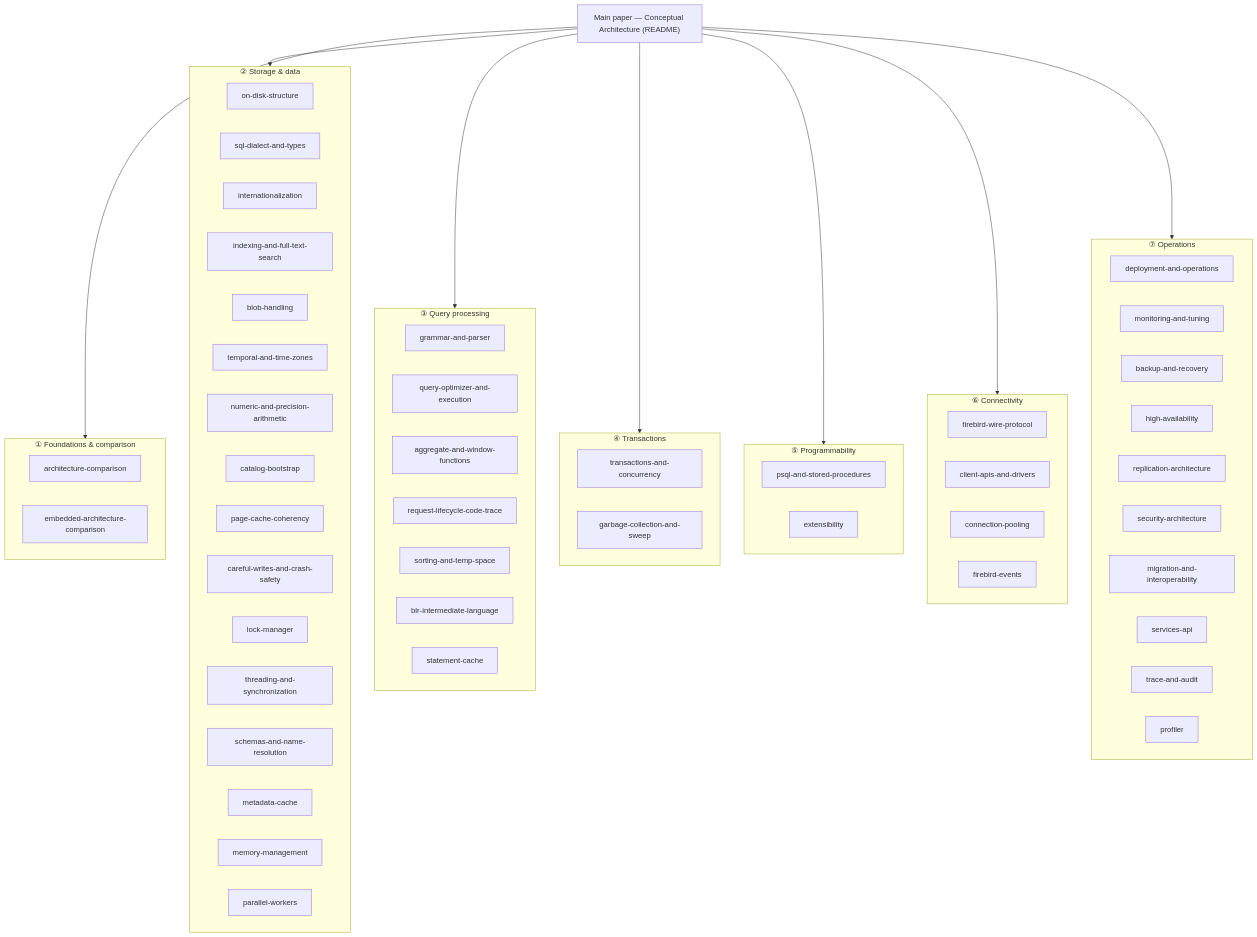
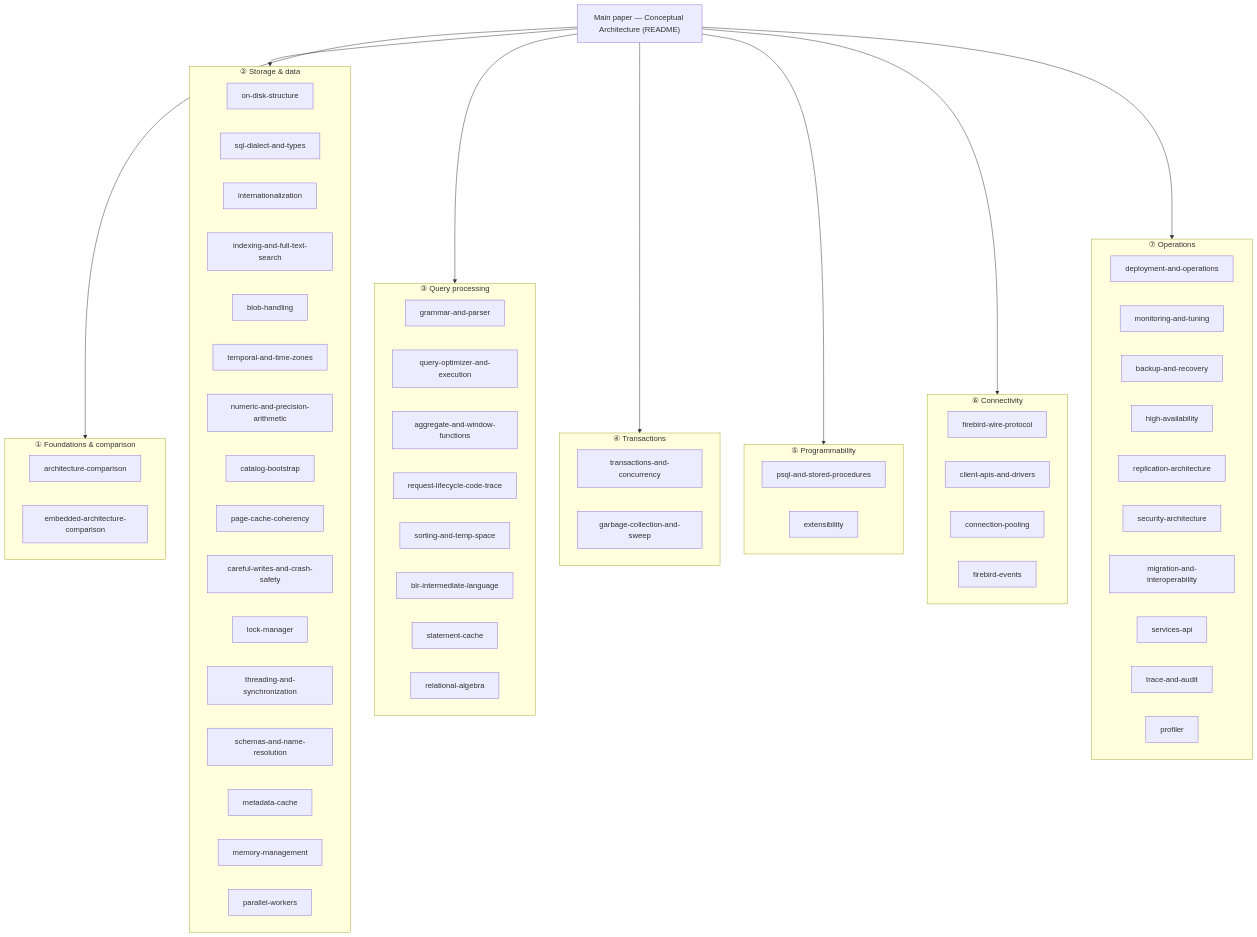
One commit to mariuz/conceptual-architecture-for-firebird-paper changed the diagram in READING-GUIDE.md. Above: the diagram before and after it, drawn with Mermaid. The commit also changed other lines of this file and 3 other files, not shown here.

First line of the commit message:
Relational algebra in Firebird SQL: each operator as SQL and as the record source that runs it

````diff
--- a/READING-GUIDE.md
+++ b/READING-GUIDE.md
@@ -9,64 +9,65 @@
 ```mermaid
 flowchart TB
     PAPER["Main paper — Conceptual Architecture (README)"]
 
     PAPER --> T1 & T2 & T3 & T4 & T5 & T6 & T7
 
     subgraph T1["① Foundations & comparison"]
         A1["architecture-comparison"]
         A2["embedded-architecture-comparison"]
     end
     subgraph T2["② Storage & data"]
         B1["on-disk-structure"]
         B2["sql-dialect-and-types"]
         B3["internationalization"]
         B4["indexing-and-full-text-search"]
         B5["blob-handling"]
         B6["temporal-and-time-zones"]
         B7["numeric-and-precision-arithmetic"]
         B8["catalog-bootstrap"]
         B9["page-cache-coherency"]
         B10["careful-writes-and-crash-safety"]
         B11["lock-manager"]
         B12["threading-and-synchronization"]
         B13["schemas-and-name-resolution"]
         B14["metadata-cache"]
         B15["memory-management"]
         B16["parallel-workers"]
     end
     subgraph T3["③ Query processing"]
         C1["grammar-and-parser"]
         C2["query-optimizer-and-execution"]
         C3["aggregate-and-window-functions"]
         C4["request-lifecycle-code-trace"]
         C5["sorting-and-temp-space"]
         C6["blr-intermediate-language"]
         C7["statement-cache"]
+        C8["relational-algebra"]
     end
     subgraph T4["④ Transactions"]
         D1["transactions-and-concurrency"]
         D2["garbage-collection-and-sweep"]
     end
     subgraph T5["⑤ Programmability"]
         E1["psql-and-stored-procedures"]
         E2["extensibility"]
     end
     subgraph T6["⑥ Connectivity"]
         F1["firebird-wire-protocol"]
         F2["client-apis-and-drivers"]
         F3["connection-pooling"]
         F4["firebird-events"]
     end
     subgraph T7["⑦ Operations"]
         G1["deployment-and-operations"]
         G2["monitoring-and-tuning"]
         G3["backup-and-recovery"]
         G4["high-availability"]
         G5["replication-architecture"]
         G6["security-architecture"]
         G7["migration-and-interoperability"]
         G8["services-api"]
         G9["trace-and-audit"]
         G10["profiler"]
     end
 ```
````
